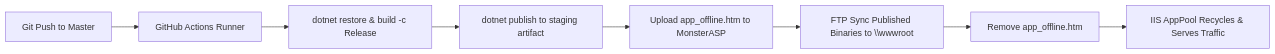
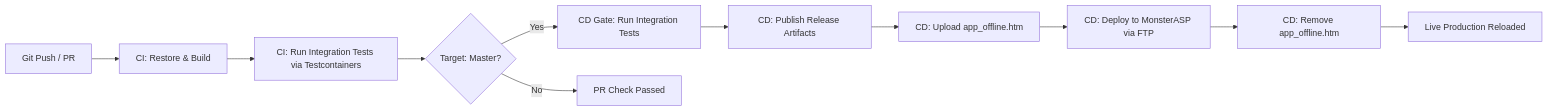
The third of 3 diagrams in README.md (hassans22hh-ship-it/SunbulaGraduationProject), drawn with Mermaid before and after one commit. The commit also changed other lines of this file, not shown here.

````diff
--- a/README.md
+++ b/README.md
@@ -277,10 +278,13 @@
 ```mermaid
 flowchart LR
-    A[Git Push to Master] --> B[GitHub Actions Runner]
-    B --> C[dotnet restore & build -c Release]
-    C --> D[dotnet publish to staging artifact]
-    D --> E[Upload app_offline.htm to MonsterASP]
-    E --> F[FTP Sync Published Binaries to \\wwwroot]
-    F --> G[Remove app_offline.htm]
-    G --> H[IIS AppPool Recycles & Serves Traffic]
+    A[Git Push / PR] --> B[CI: Restore & Build]
+    B --> C[CI: Run Integration Tests via Testcontainers]
+    C --> D{Target: Master?}
+    D -- Yes --> E[CD Gate: Run Integration Tests]
+    E --> F[CD: Publish Release Artifacts]
+    F --> G[CD: Upload app_offline.htm]
+    G --> H[CD: Deploy to MonsterASP via FTP]
+    H --> I[CD: Remove app_offline.htm]
+    I --> J[Live Production Reloaded]
+    D -- No --> K[PR Check Passed]
 ```
````
